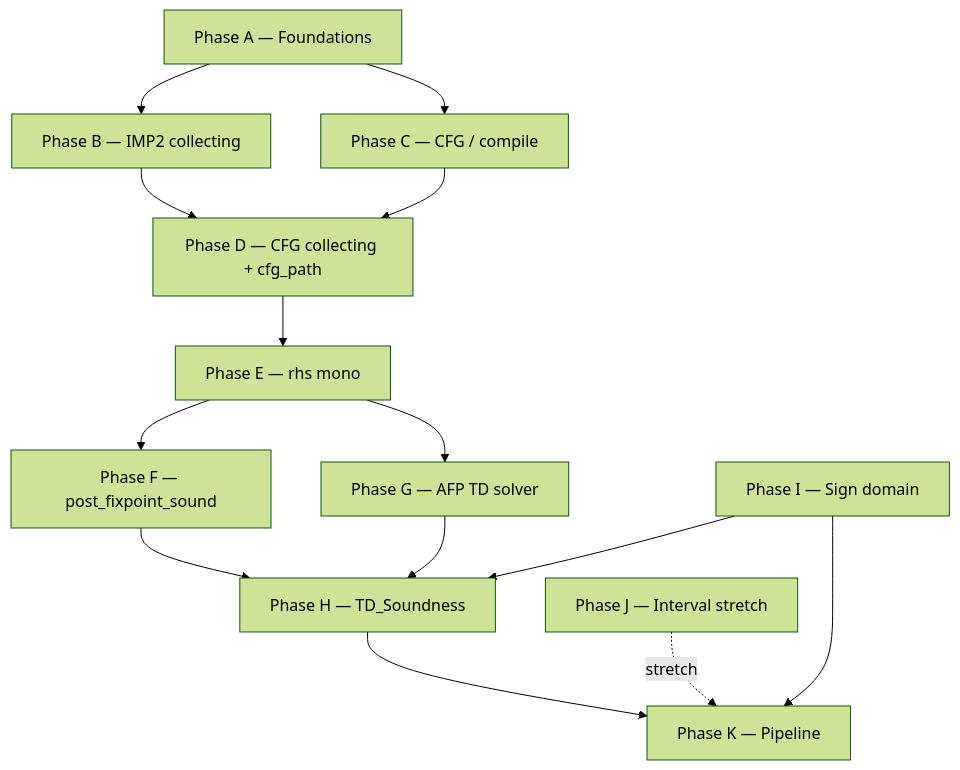
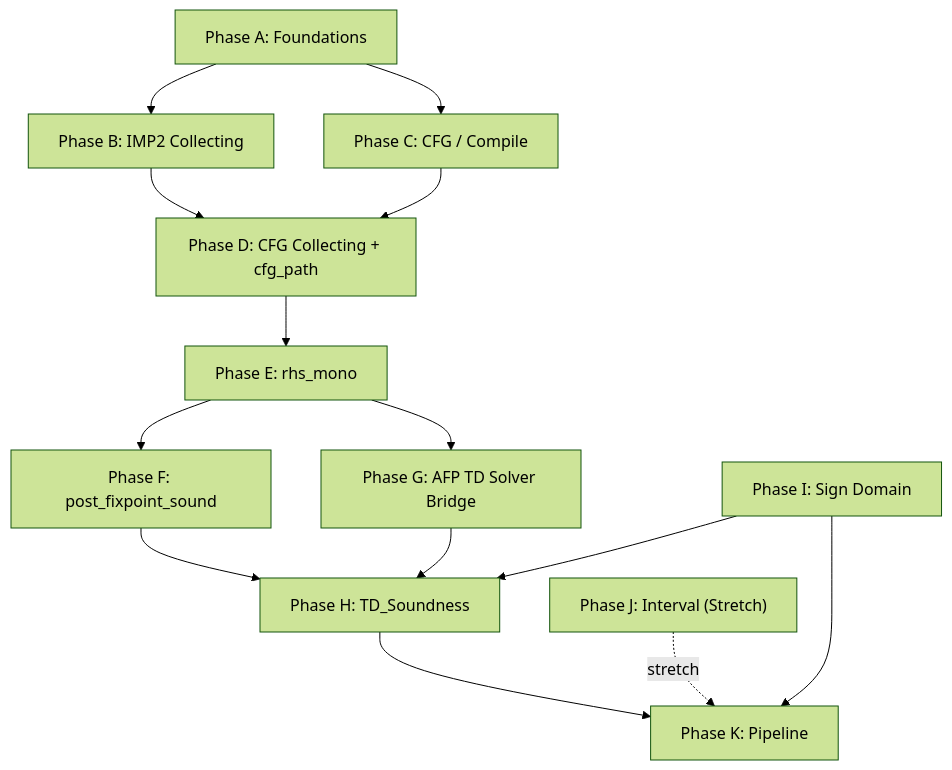
One commit to ManuelLerchner/Voblint-Verification-Master-Thesis changed the second of 2 diagrams in docs/IMPLEMENTATION_GUIDE.md. Above: the diagram before and after it, drawn with Mermaid (forest theme). The commit also changed other lines of this file and 10 other files, not shown here.

First line of the commit message:
integrate AFP bridge scaffolding, KB submodule, and docs overview

````diff
--- a/docs/IMPLEMENTATION_GUIDE.md
+++ b/docs/IMPLEMENTATION_GUIDE.md
@@ -36,28 +38,28 @@
 ```mermaid
 flowchart TD
-  A["Phase A — Foundations"]
-  B["Phase B — IMP2 collecting"]
-  C["Phase C — CFG / compile"]
-  D["Phase D — CFG collecting + cfg_path"]
-  E["Phase E — rhs mono"]
-  F["Phase F — post_fixpoint_sound"]
-  G["Phase G — AFP TD solver"]
-  H["Phase H — TD_Soundness"]
-  I["Phase I — Sign domain"]
-  K["Phase K — Pipeline"]
-  J["Phase J — Interval stretch"]
+  A["Phase A: Foundations"]
+  B["Phase B: IMP2 Collecting"]
+  C["Phase C: CFG / Compile"]
+  D["Phase D: CFG Collecting + cfg_path"]
+  E["Phase E: rhs_mono"]
+  F["Phase F: post_fixpoint_sound"]
+  G["Phase G: AFP TD Solver Bridge"]
+  H["Phase H: TD_Soundness"]
+  I["Phase I: Sign Domain"]
+  K["Phase K: Pipeline"]
+  J["Phase J: Interval (Stretch)"]
 
   A --> B
   A --> C
   B --> D
   C --> D
   D --> E
   E --> F
   E --> G
   F --> H
   G --> H
   I --> H
   I --> K
   H --> K
-  J -.->|"stretch"| K
+  J -. stretch .-> K
 ```
````
